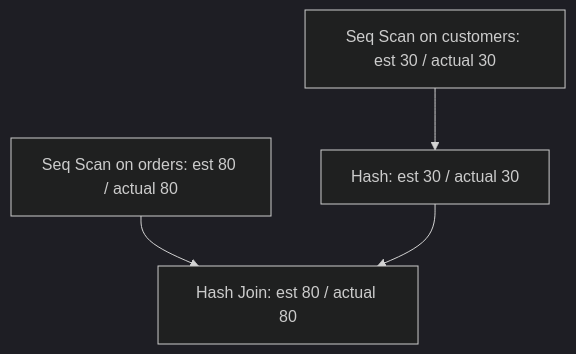
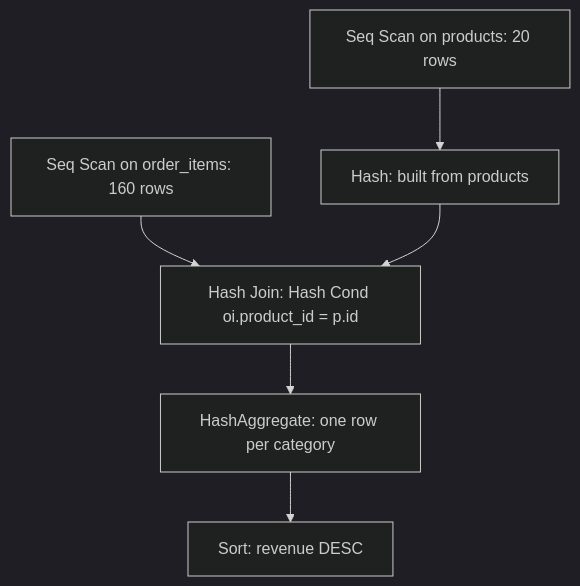
Before and after one commit to theakhandpatel/querycraft: the diagram in web/src/data/content/m7.md, drawn with Mermaid (dark theme). The commit also changed other lines of this file and 61 other files, not shown here.

````diff
--- a/web/src/data/content/m7.md
+++ b/web/src/data/content/m7.md
@@ -17,10 +23,14 @@
 ```mermaid
 flowchart TD
-    HJ["Hash Join: est 80 / actual 80"]
-    A["Seq Scan on orders: est 80 / actual 80"]
-    H["Hash: est 30 / actual 30"]
-    B["Seq Scan on customers: est 30 / actual 30"]
-    B --> H
-    A --> HJ
-    H --> HJ
+    S["Sort: revenue DESC"]
+    A["HashAggregate: one row per category"]
+    J["Hash Join: Hash Cond oi.product_id = p.id"]
+    O["Seq Scan on order_items: 160 rows"]
+    H["Hash: built from products"]
+    P["Seq Scan on products: 20 rows"]
+    P --> H
+    O --> J
+    H --> J
+    J --> A
+    A --> S
 ```
````
